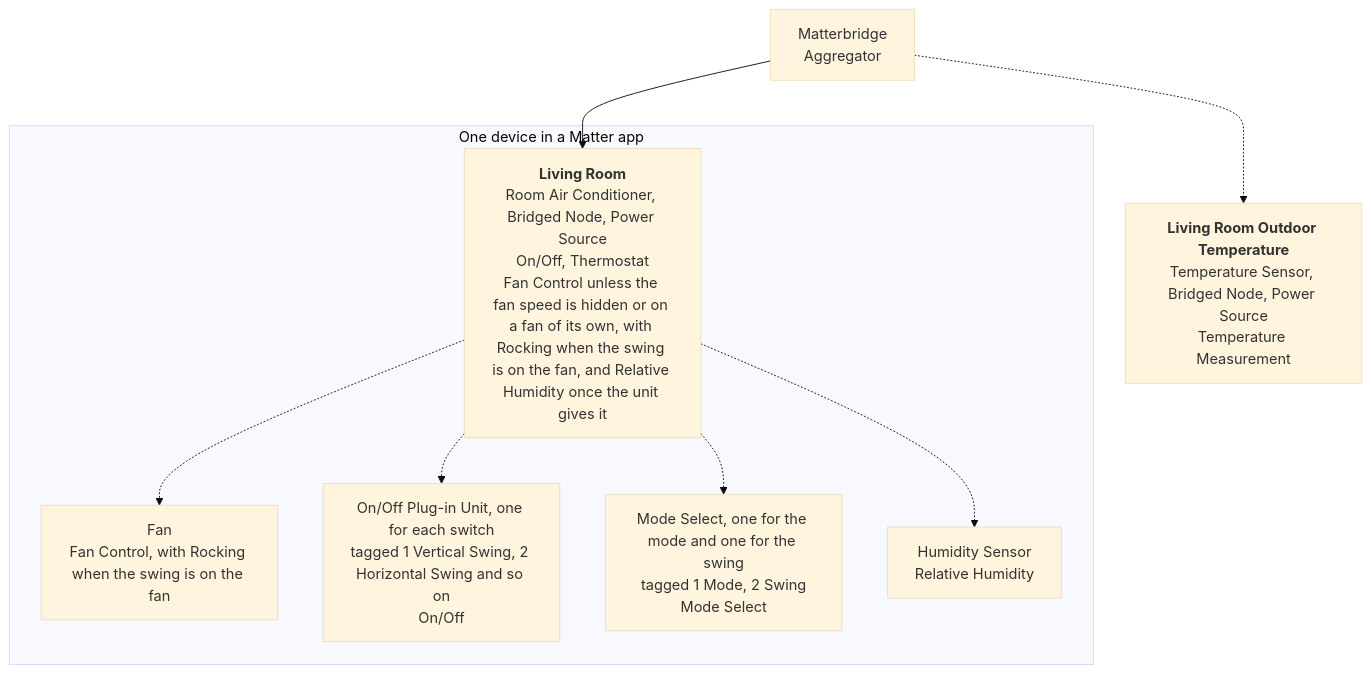
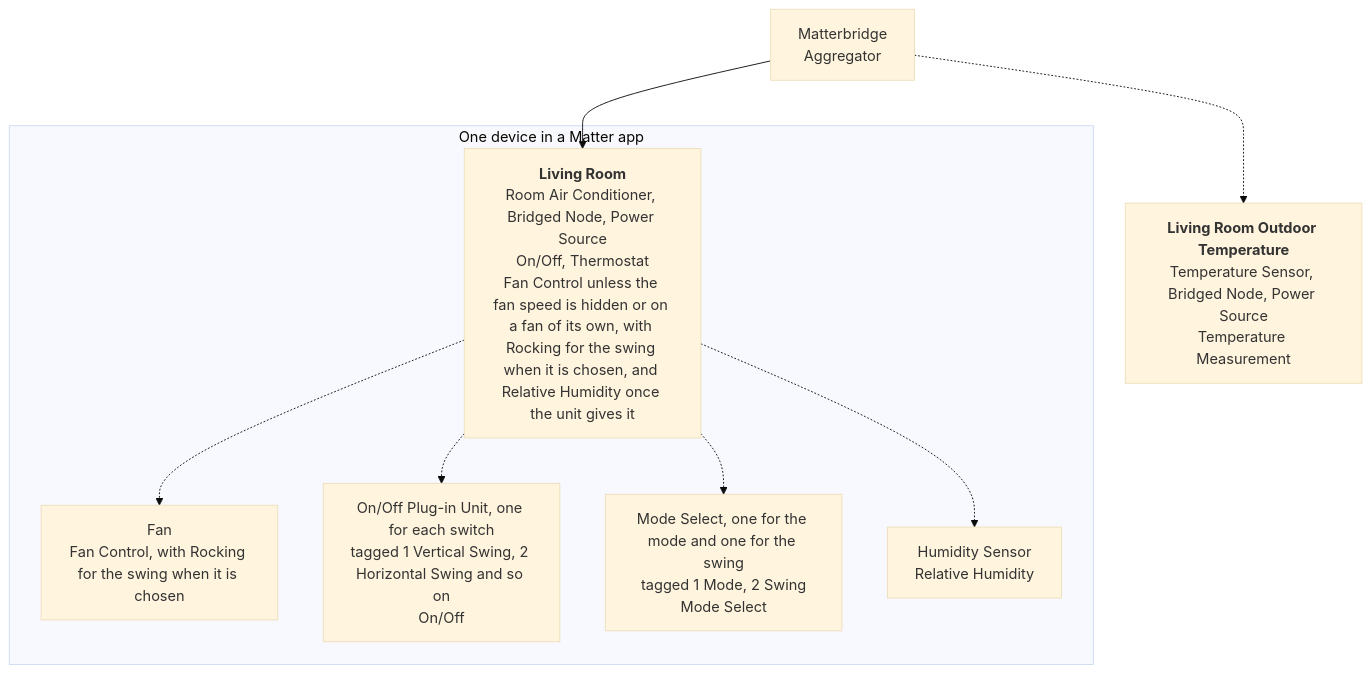
Before and after one commit to cheziyi/matterbridge-daikin-local: the first of 2 diagrams in README.md, drawn with Mermaid (base theme). The commit also changed other lines of this file and 6 other files, not shown here.

First line of the commit message:
docs(devices): name the swing choice of the rocking Native rocking

````diff
--- a/README.md
+++ b/README.md
@@ -117,18 +117,18 @@
 ```mermaid
 flowchart TD
     bridge["Matterbridge<br/>Aggregator"]
     subgraph device["One device in a Matter app"]
-        ac["<b>Living Room</b><br/>Room Air Conditioner, Bridged Node, Power Source<br/>On/Off, Thermostat<br/>Fan Control unless the fan speed is hidden or on a fan of its own, with Rocking when the swing is on the fan, and Relative Humidity once the unit gives it"]
-        fan["Fan<br/>Fan Control, with Rocking when the swing is on the fan"]
+        ac["<b>Living Room</b><br/>Room Air Conditioner, Bridged Node, Power Source<br/>On/Off, Thermostat<br/>Fan Control unless the fan speed is hidden or on a fan of its own, with Rocking for the swing when it is chosen, and Relative Humidity once the unit gives it"]
+        fan["Fan<br/>Fan Control, with Rocking for the swing when it is chosen"]
         switches["On/Off Plug-in Unit, one for each switch<br/>tagged 1 Vertical Swing, 2 Horizontal Swing and so on<br/>On/Off"]
         selects["Mode Select, one for the mode and one for the swing<br/>tagged 1 Mode, 2 Swing<br/>Mode Select"]
         humidity["Humidity Sensor<br/>Relative Humidity"]
     end
     outdoor["<b>Living Room Outdoor Temperature</b><br/>Temperature Sensor, Bridged Node, Power Source<br/>Temperature Measurement"]
     bridge --> ac
     ac -.-> fan
     ac -.-> switches
     ac -.-> selects
     ac -.-> humidity
     bridge -.-> outdoor
 ```
````
